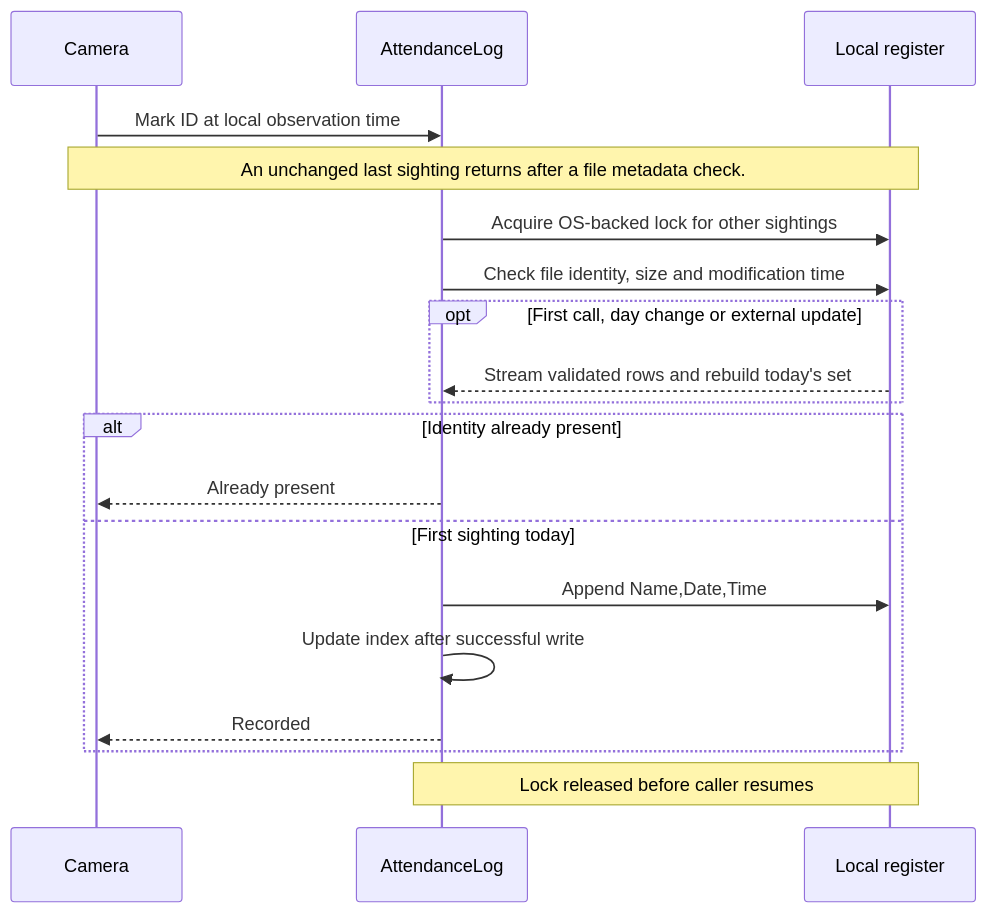
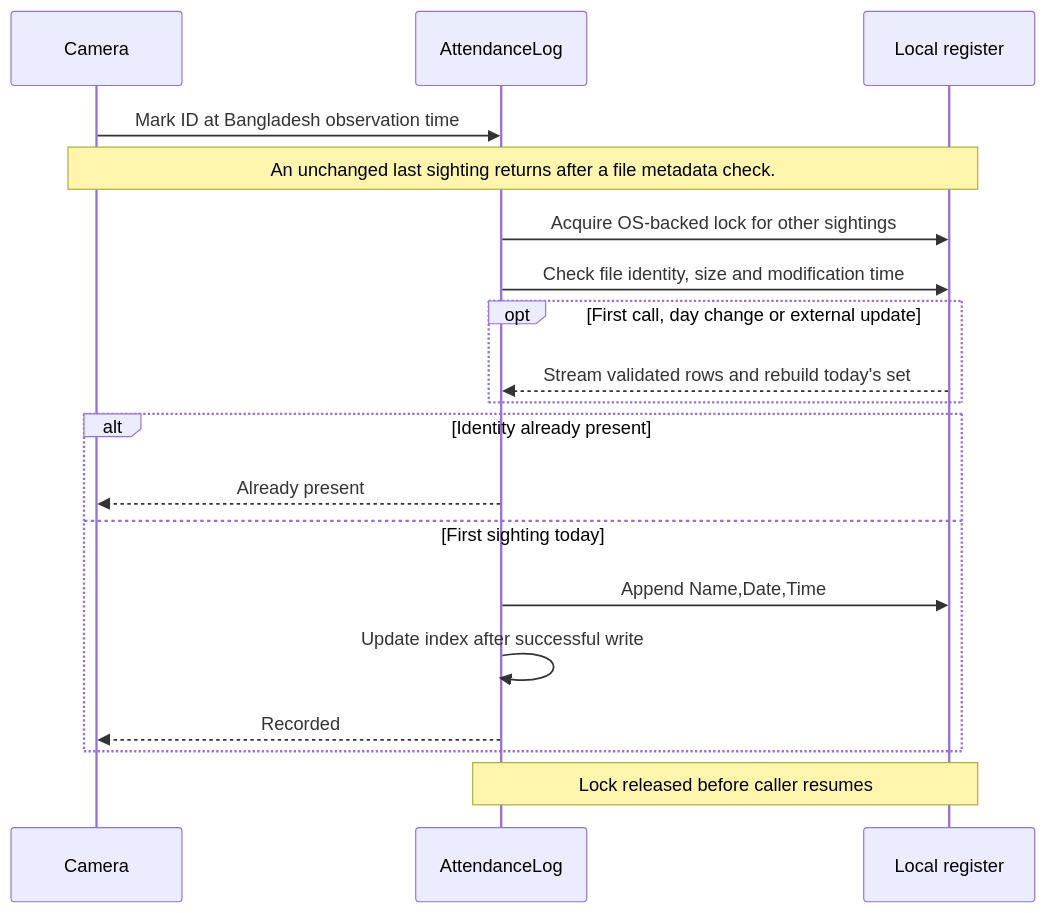
One commit to pial-paul/iDetectFace changed the diagram in docs/engineering.md. Above: the diagram before and after it, drawn with Mermaid. The commit also changed other lines of this file and 14 other files, not shown here.

Commit message:
Use Bangladesh time for attendance and explain the live demo

````diff
--- a/docs/engineering.md
+++ b/docs/engineering.md
@@ -28,21 +28,21 @@
 ```mermaid
 sequenceDiagram
     participant Camera
     participant Log as AttendanceLog
     participant File as Local register
-    Camera->>Log: Mark ID at local observation time
+    Camera->>Log: Mark ID at Bangladesh observation time
     Note over Camera,File: An unchanged last sighting returns after a file metadata check.
     Log->>File: Acquire OS-backed lock for other sightings
     Log->>File: Check file identity, size and modification time
     opt First call, day change or external update
         File-->>Log: Stream validated rows and rebuild today's set
     end
     alt Identity already present
         Log-->>Camera: Already present
     else First sighting today
         Log->>File: Append Name,Date,Time
         Log->>Log: Update index after successful write
         Log-->>Camera: Recorded
     end
     Note over Log,File: Lock released before caller resumes
 ```
````
